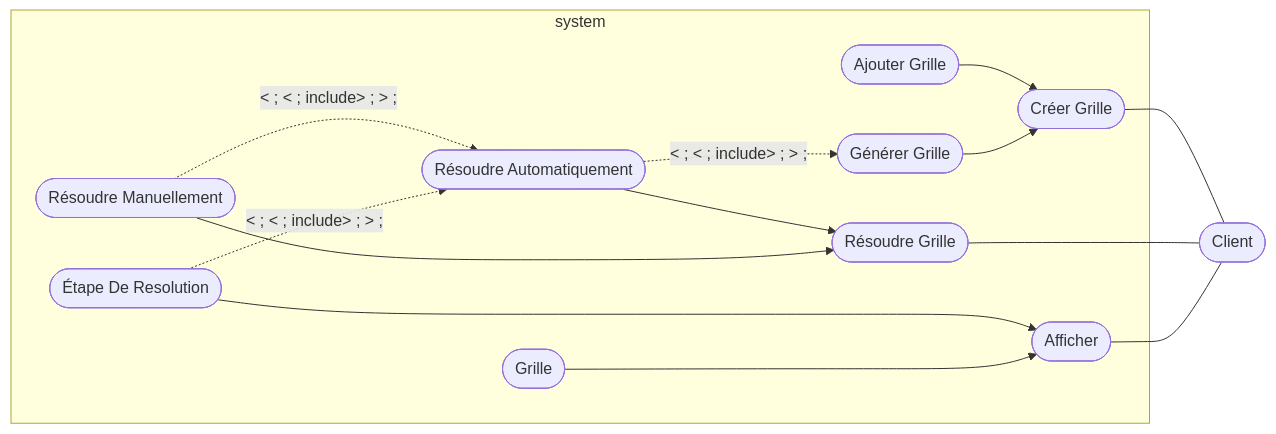
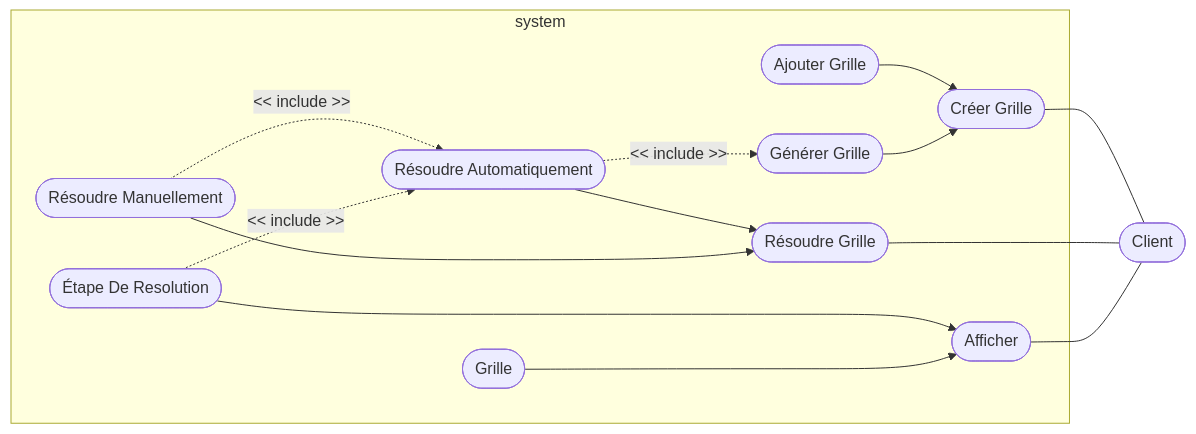
The first of 7 diagrams in README.md (FlashOnFire/SUUUUUUUUUUUudoku), drawn with Mermaid before and after one commit. The commit also changed other lines of this file and 2 other files, not shown here.

````diff
--- a/README.md
+++ b/README.md
@@ -83,22 +83,22 @@
 ```mermaid
 flowchart LR
     subgraph system["system"]
         B(["Créer Grille"])
         C(["Ajouter Grille"])
         D(["Générer Grille"])
         G(["Résoudre Automatiquement"])
         E(["Résoudre Grille"])
         F(["Résoudre Manuellement"])
         I(["Étape De Resolution"])
         H(["Afficher"])
         J(["Grille"])
     end
     B & E & H --- A(["Client"])
     G --> E
     C & D --> B
     F --> E
     I & J ---> H
-    F -. &lt ; &lt ; include&gt ; &gt ; .-> G
-I -. &lt ; &lt ; include&gt ; &gt ; .-> G
-G -. &lt ; &lt ; include&gt ; &gt ; .-> D
+    F -. << include >> .-> G
+    I -. << include >> .-> G
+    G -. << include >> .-> D
 ```
````
